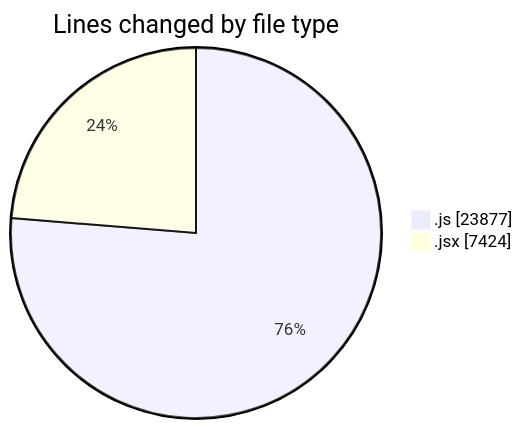
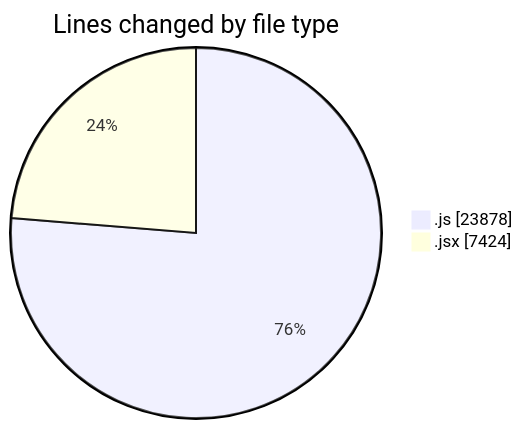
Before and after one commit to nxtqubesakshisongat/code-tracking: the first of 2 diagrams in 2025-10-01/nxtqube_webapp/README.md, drawn with Mermaid. The commit also changed other lines of this file and 1 other file, not shown here.

````diff
--- a/2025-10-01/nxtqube_webapp/README.md
+++ b/2025-10-01/nxtqube_webapp/README.md
@@ -25,6 +25,6 @@
 ```mermaid
 pie showData
 title Lines changed by file type
-".js" : 23877
+".js" : 23878
 ".jsx" : 7424
 ```
````
